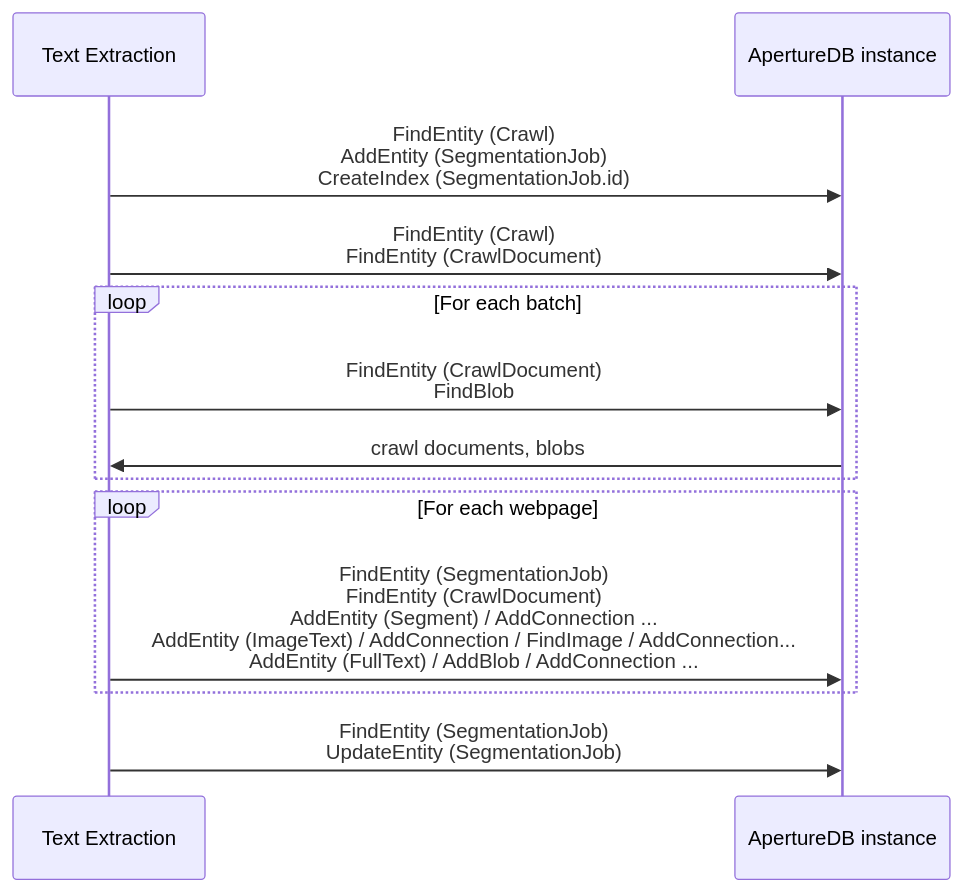
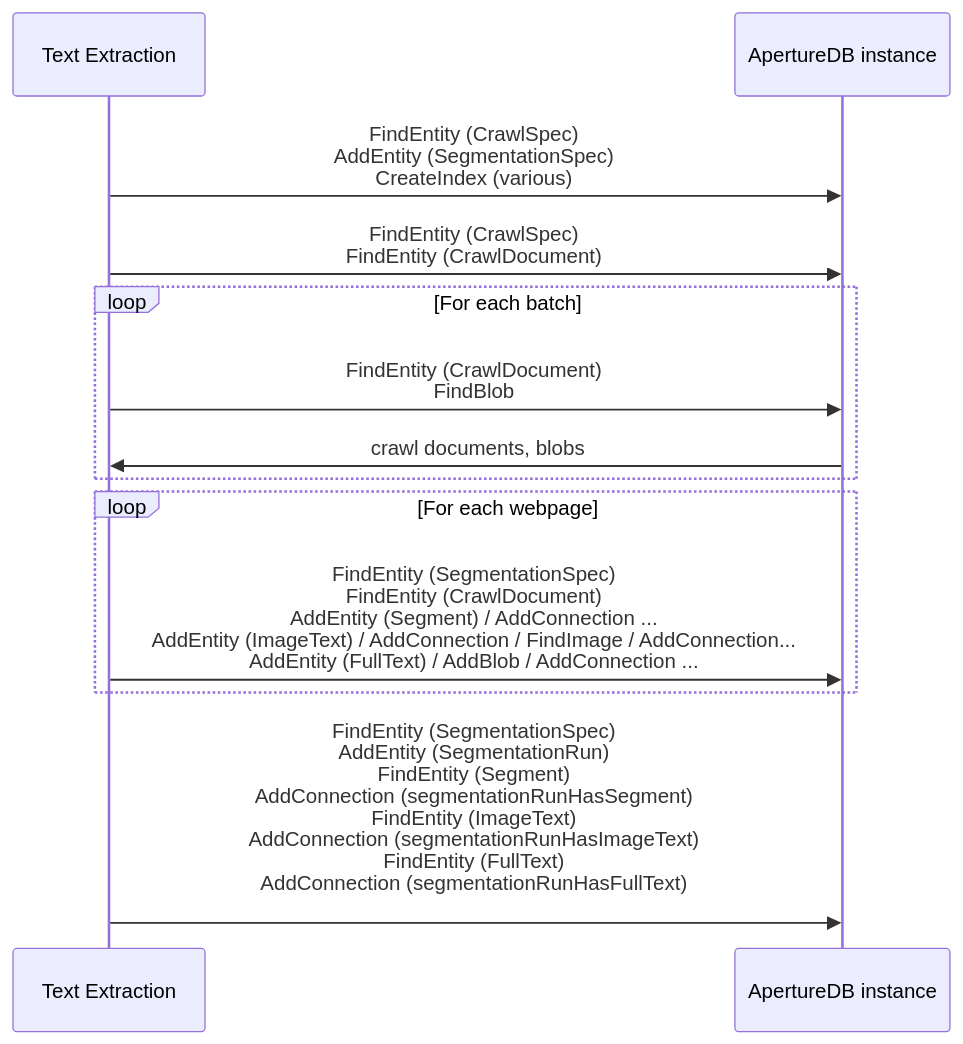
One commit to aperture-data/workflows changed the second of 2 diagrams in apps/text-extraction/README.md. Above: the diagram before and after it, drawn with Mermaid. The commit also changed other lines of this file and 11 other files, not shown here.

````diff
--- a/apps/text-extraction/README.md
+++ b/apps/text-extraction/README.md
@@ -61,15 +74,15 @@
 ```mermaid
 sequenceDiagram
     participant W as Text Extraction
     participant A as ApertureDB instance
-    W->>A: FindEntity (Crawl)<br/>AddEntity (SegmentationJob)<br/>CreateIndex (SegmentationJob.id)
-    W->>A: FindEntity (Crawl)<br/>FindEntity (CrawlDocument)
+    W->>A: FindEntity (CrawlSpec)<br/>AddEntity (SegmentationSpec)<br/>CreateIndex (various)
+    W->>A: FindEntity (CrawlSpec)<br/>FindEntity (CrawlDocument)
     loop For each batch
         W->>A: FindEntity (CrawlDocument)<br/>FindBlob
         A->>W: crawl documents, blobs
     end
     loop For each webpage
-        W->>A: FindEntity (SegmentationJob)<br/>FindEntity (CrawlDocument)<br/>AddEntity (Segment) / AddConnection ...<br/>AddEntity (ImageText) / AddConnection / FindImage / AddConnection...<br/>AddEntity (FullText) / AddBlob / AddConnection ...
+        W->>A: FindEntity (SegmentationSpec)<br/>FindEntity (CrawlDocument)<br/>AddEntity (Segment) / AddConnection ...<br/>AddEntity (ImageText) / AddConnection / FindImage / AddConnection...<br/>AddEntity (FullText) / AddBlob / AddConnection ...
     end
-    W->>A: FindEntity (SegmentationJob)<br/>UpdateEntity (SegmentationJob)
+    W->>A: FindEntity (SegmentationSpec)<br/>AddEntity (SegmentationRun)<br/>FindEntity (Segment)<br/>AddConnection (segmentationRunHasSegment)<br/>FindEntity (ImageText)<br/>AddConnection (segmentationRunHasImageText)<br/>FindEntity (FullText)<br/>AddConnection (segmentationRunHasFullText)<br/>
 ```
````
